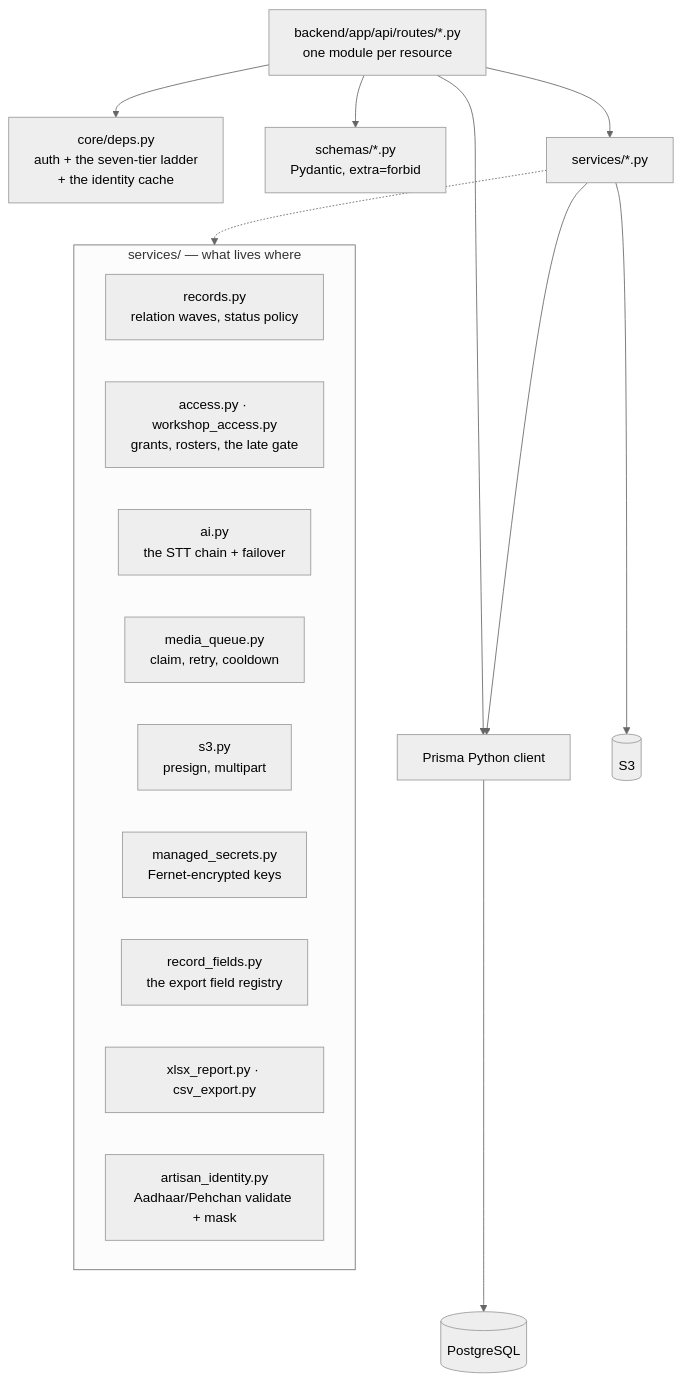
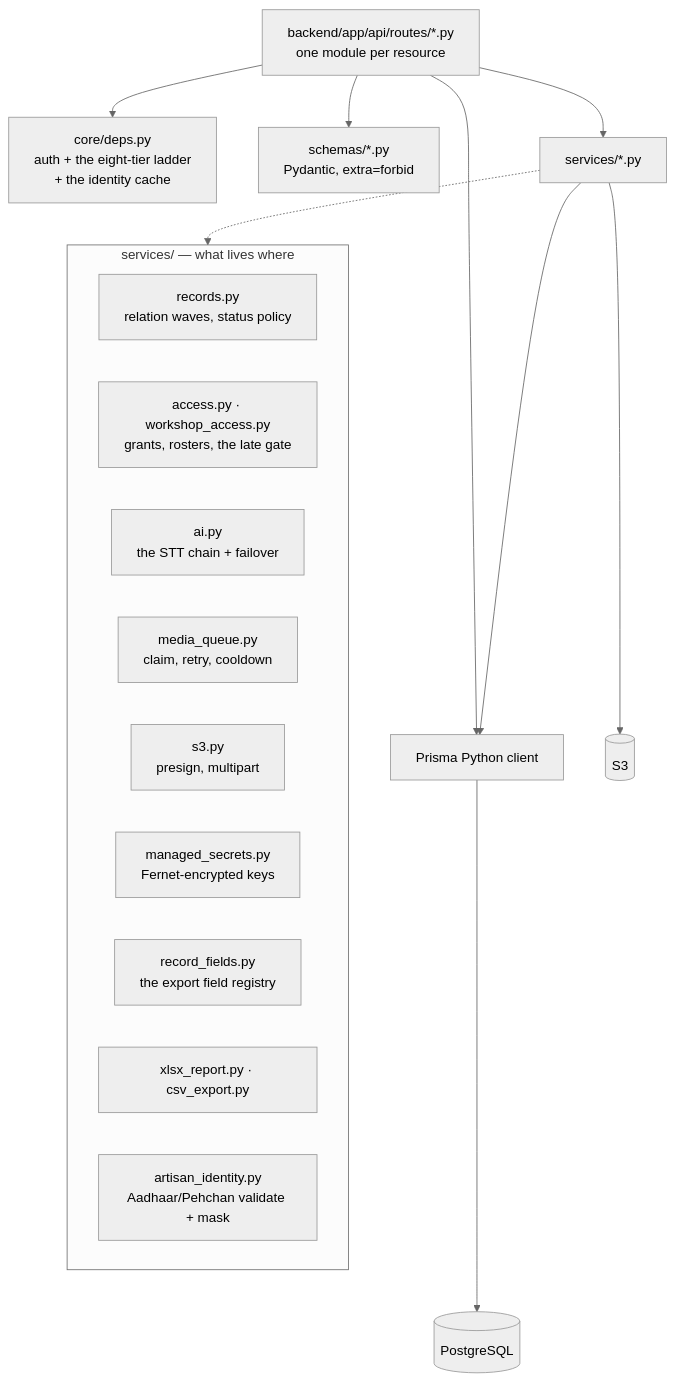
Before and after one commit to cxacraftecosystem-ui/designer-portal: the fourth of 13 diagrams in docs/ARCHITECTURE.md, drawn with Mermaid (neutral theme). The commit also changed 500 other files, not shown here.

````diff
--- a/docs/ARCHITECTURE.md
+++ b/docs/ARCHITECTURE.md
@@ -195,32 +195,32 @@
 ```mermaid
 flowchart TD
   routes["backend/app/api/routes/*.py<br/>one module per resource"]
-  deps["core/deps.py<br/>auth + the seven-tier ladder<br/>+ the identity cache"]
+  deps["core/deps.py<br/>auth + the eight-tier ladder<br/>+ the identity cache"]
   schemas["schemas/*.py<br/>Pydantic, extra=forbid"]
   svc["services/*.py"]
   prisma[Prisma Python client]
   pg[(PostgreSQL)]
   s3[(S3)]
 
   routes --> deps
   routes --> schemas
   routes --> svc
   routes --> prisma
   svc --> prisma
   svc --> s3
   prisma --> pg
 
   subgraph services["services/ — what lives where"]
     direction LR
     s1["records.py<br/>relation waves, status policy"]
     s2["access.py · workshop_access.py<br/>grants, rosters, the late gate"]
     s3b["ai.py<br/>the STT chain + failover"]
     s4["media_queue.py<br/>claim, retry, cooldown"]
     s5["s3.py<br/>presign, multipart"]
     s6["managed_secrets.py<br/>Fernet-encrypted keys"]
     s7["record_fields.py<br/>the export field registry"]
     s8["xlsx_report.py · csv_export.py"]
     s9["artisan_identity.py<br/>Aadhaar/Pehchan validate + mask"]
   end
   svc -.-> services
 ```
````
